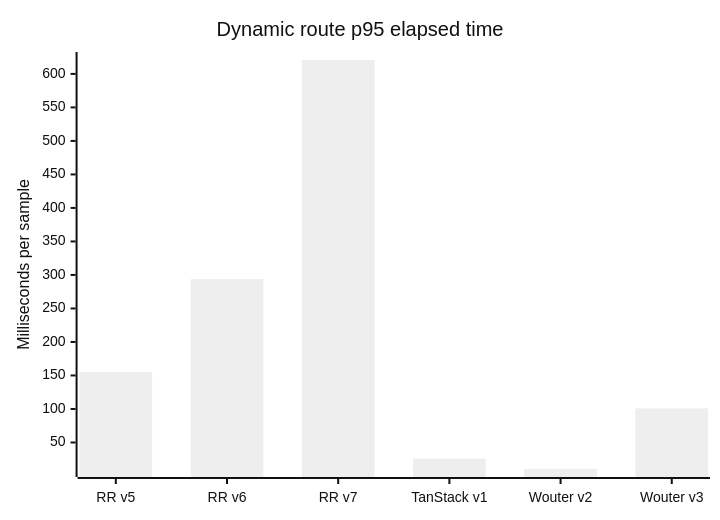
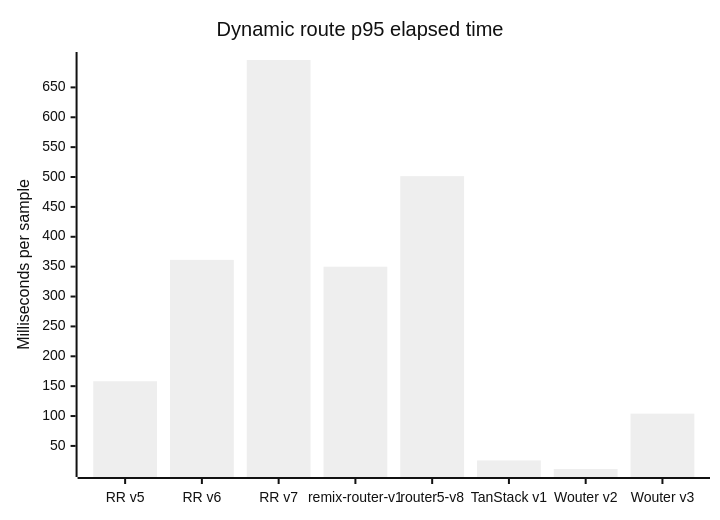
The second of 3 diagrams in README.md (rudolfolah/benchmark-routers-for-react), drawn with Mermaid (neutral theme) before and after one commit. The commit also changed other lines of this file and 1 other file, not shown here.

````diff
--- a/README.md
+++ b/README.md
@@ -116,7 +116,7 @@
 ```mermaid
 xychart-beta
     title "Dynamic route p95 elapsed time"
-    x-axis ["RR v5", "RR v6", "RR v7", "TanStack v1", "Wouter v2", "Wouter v3"]
+    x-axis ["RR v5", "RR v6", "RR v7", "remix-router-v1", "router5-v8", "TanStack v1", "Wouter v2", "Wouter v3"]
     y-axis "Milliseconds per sample"
-    bar [155.152, 293.838, 620.766, 25.989, 10.43, 100.818]
+    bar [158.256, 361.367, 695.838, 349.948, 501.482, 25.704, 11.382, 104.052]
 ```
````
